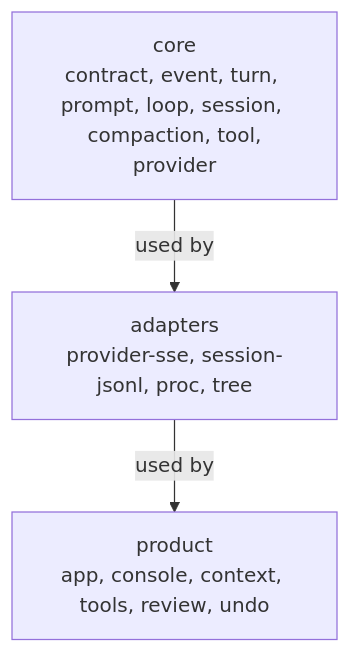
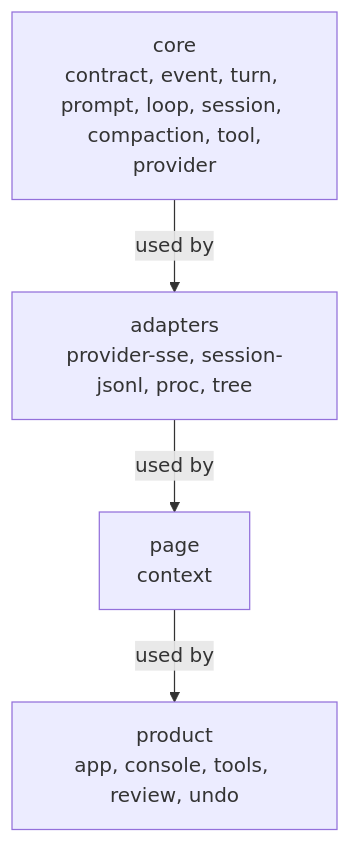
One commit to OverbearingPearl/pearl changed the first of 3 diagrams in docs/architecture.md. Above: the diagram before and after it, drawn with Mermaid. The commit also changed other lines of this file and 6 other files, not shown here.

````diff
--- a/docs/architecture.md
+++ b/docs/architecture.md
@@ -59,7 +59,8 @@
 ```mermaid
 flowchart TB
   core["core<br/>contract, event, turn, prompt, loop, session, compaction, tool,<br/>provider"]
   adapters["adapters<br/>provider-sse, session-jsonl, proc, tree"]
-  product["product<br/>app, console, context, tools, review, undo"]
-  core -->|used by| adapters -->|used by| product
+  page["page<br/>context"]
+  product["product<br/>app, console, tools, review, undo"]
+  core -->|used by| adapters -->|used by| page -->|used by| product
 ```
````
